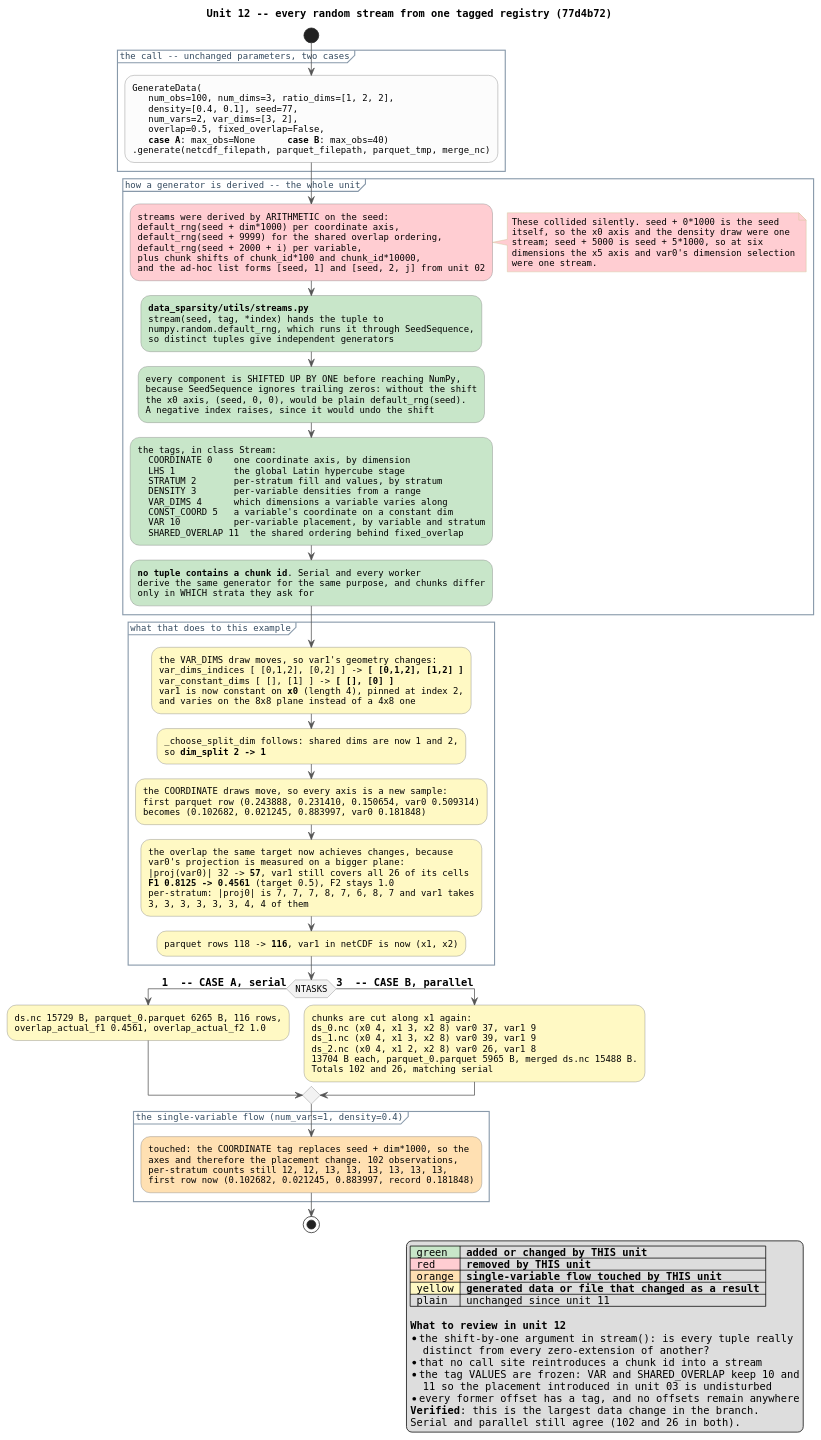
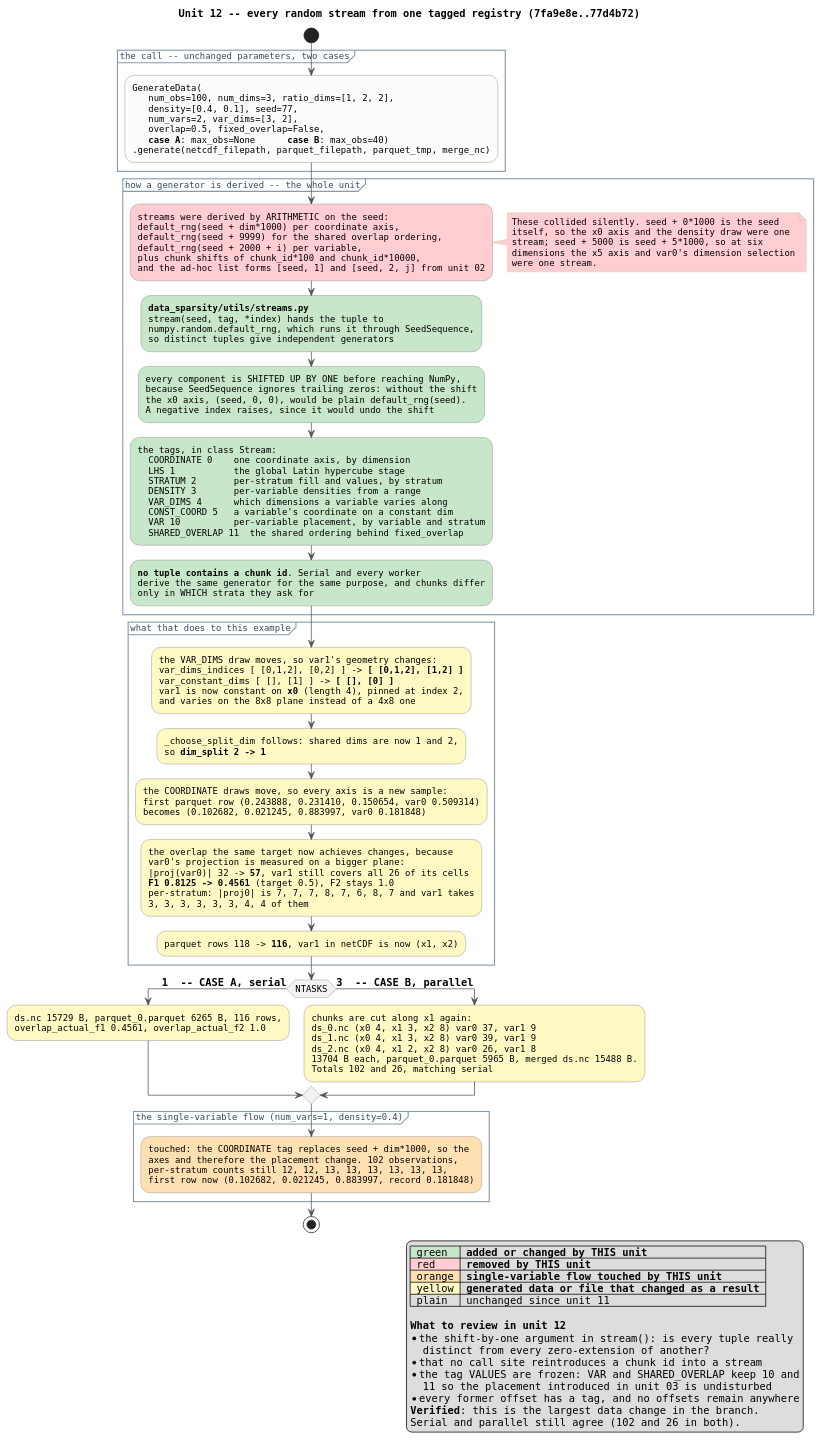
One commit to boom-lab/tabray changed the diagram in docs/review_12_stream_registry.puml. Above: the diagram before and after it, drawn with PlantUML. The commit also changed 19 other files, not shown here.

Commit message:
update puml diagrams for review

```diff
--- a/docs/review_12_stream_registry.puml
+++ b/docs/review_12_stream_registry.puml
@@ -1,135 +1,135 @@
 @startuml review_12_stream_registry
 ' Review unit 12 of 15 -- see docs/review_diagrams.md for the series.
 ' State AFTER commit 77d4b72 (src +349/-94 across 11 files).
 ' Every number below is from a run of the two cases at commit 77d4b72.
 ' Render: plantuml docs/review_12_stream_registry.puml
 
-title Unit 12 -- every random stream from one tagged registry (77d4b72)
+title Unit 12 -- every random stream from one tagged registry (7fa9e8e..77d4b72)
 
 skinparam shadowing false
 skinparam defaultFontName Monospaced
 skinparam defaultFontSize 12
 skinparam ArrowColor #555555
 skinparam activity {
   BackgroundColor #FCFCFC
   BorderColor #777777
   DiamondBackgroundColor #F2F2F2
   DiamondBorderColor #777777
 }
 skinparam partition {
   BorderColor #8899AA
   FontColor #33495E
 }
 skinparam note {
   BackgroundColor #FFFDF0
   BorderColor #C8C08A
 }
 
 start
 
 partition "the call -- unchanged parameters, two cases" {
   :GenerateData(
      num_obs=100, num_dims=3, ratio_dims=[1, 2, 2],
      density=[0.4, 0.1], seed=77,
      num_vars=2, var_dims=[3, 2],
      overlap=0.5, fixed_overlap=False,
      <b>case A</b>: max_obs=None      <b>case B</b>: max_obs=40)
   .generate(netcdf_filepath, parquet_filepath, parquet_tmp, merge_nc);
 }
 
 partition "how a generator is derived -- the whole unit" {
   #FFCDD2:streams were derived by ARITHMETIC on the seed:
   default_rng(seed + dim*1000) per coordinate axis,
   default_rng(seed + 9999) for the shared overlap ordering,
   default_rng(seed + 2000 + i) per variable,
   plus chunk shifts of chunk_id*100 and chunk_id*10000,
   and the ad-hoc list forms [seed, 1] and [seed, 2, j] from unit 02;
   note right #FFCDD2
     These collided silently. seed + 0*1000 is the seed
     itself, so the x0 axis and the density draw were one
     stream; seed + 5000 is seed + 5*1000, so at six
     dimensions the x5 axis and var0's dimension selection
     were one stream.
   end note
   #C8E6C9:<b>data_sparsity/utils/streams.py</b>
   stream(seed, tag, *index) hands the tuple to
   numpy.random.default_rng, which runs it through SeedSequence,
   so distinct tuples give independent generators;
   #C8E6C9:every component is SHIFTED UP BY ONE before reaching NumPy,
   because SeedSequence ignores trailing zeros: without the shift
   the x0 axis, (seed, 0, 0), would be plain default_rng(seed).
   A negative index raises, since it would undo the shift;
   #C8E6C9:the tags, in class Stream:
     COORDINATE 0    one coordinate axis, by dimension
     LHS 1           the global Latin hypercube stage
     STRATUM 2       per-stratum fill and values, by stratum
     DENSITY 3       per-variable densities from a range
     VAR_DIMS 4      which dimensions a variable varies along
     CONST_COORD 5   a variable's coordinate on a constant dim
     VAR 10          per-variable placement, by variable and stratum
     SHARED_OVERLAP 11  the shared ordering behind fixed_overlap;
   #C8E6C9:<b>no tuple contains a chunk id</b>. Serial and every worker
   derive the same generator for the same purpose, and chunks differ
   only in WHICH strata they ask for;
 }
 
 partition "what that does to this example" {
   #FFF9C4:the VAR_DIMS draw moves, so var1's geometry changes:
   var_dims_indices [ [0,1,2], [0,2] ] -> <b>[ [0,1,2], [1,2] ]</b>
   var_constant_dims [ [], [1] ] -> <b>[ [], [0] ]</b>
   var1 is now constant on <b>x0</b> (length 4), pinned at index 2,
   and varies on the 8x8 plane instead of a 4x8 one;
   #FFF9C4:_choose_split_dim follows: shared dims are now 1 and 2,
   so <b>dim_split 2 -> 1</b>;
   #FFF9C4:the COORDINATE draws move, so every axis is a new sample:
   first parquet row (0.243888, 0.231410, 0.150654, var0 0.509314)
   becomes (0.102682, 0.021245, 0.883997, var0 0.181848);
   #FFF9C4:the overlap the same target now achieves changes, because
   var0's projection is measured on a bigger plane:
   |proj(var0)| 32 -> <b>57</b>, var1 still covers all 26 of its cells
   <b>F1 0.8125 -> 0.4561</b> (target 0.5), F2 stays 1.0
   per-stratum: |proj0| is 7, 7, 7, 8, 7, 6, 8, 7 and var1 takes
   3, 3, 3, 3, 3, 3, 4, 4 of them;
   #FFF9C4:parquet rows 118 -> <b>116</b>, var1 in netCDF is now (x1, x2);
 }
 
 if (NTASKS) then (== 1  -- CASE A, serial)
   #FFF9C4:ds.nc 15729 B, parquet_0.parquet 6265 B, 116 rows,
   overlap_actual_f1 0.4561, overlap_actual_f2 1.0;
 else (== 3  -- CASE B, parallel)
   #FFF9C4:chunks are cut along x1 again:
   ds_0.nc (x0 4, x1 3, x2 8) var0 37, var1 9
   ds_1.nc (x0 4, x1 3, x2 8) var0 39, var1 9
   ds_2.nc (x0 4, x1 2, x2 8) var0 26, var1 8
   13704 B each, parquet_0.parquet 5965 B, merged ds.nc 15488 B.
   Totals 102 and 26, matching serial;
 endif
 
 partition "the single-variable flow (num_vars=1, density=0.4)" {
   #FFE0B2:touched: the COORDINATE tag replaces seed + dim*1000, so the
   axes and therefore the placement change. 102 observations,
   per-stratum counts still 12, 12, 13, 13, 13, 13, 13, 13,
   first row now (0.102682, 0.021245, 0.883997, record 0.181848);
 }
 
 stop
 
 legend right
   |<#C8E6C9> green |= added or changed by THIS unit |
   |<#FFCDD2> red |= removed by THIS unit |
   |<#FFE0B2> orange |= single-variable flow touched by THIS unit |
   |<#FFF9C4> yellow |= generated data or file that changed as a result |
   | plain | unchanged since unit 11 |
 
   <b>What to review in unit 12</b>
   * the shift-by-one argument in stream(): is every tuple really
     distinct from every zero-extension of another?
   * that no call site reintroduces a chunk id into a stream
   * the tag VALUES are frozen: VAR and SHARED_OVERLAP keep 10 and
     11 so the placement introduced in unit 03 is undisturbed
   * every former offset has a tag, and no offsets remain anywhere
   <b>Verified</b>: this is the largest data change in the branch.
   Serial and parallel still agree (102 and 26 in both).
 end legend
 
 @enduml
```
